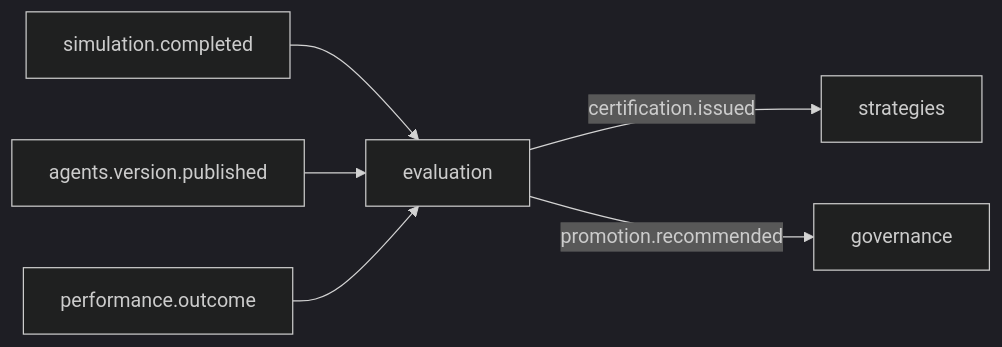
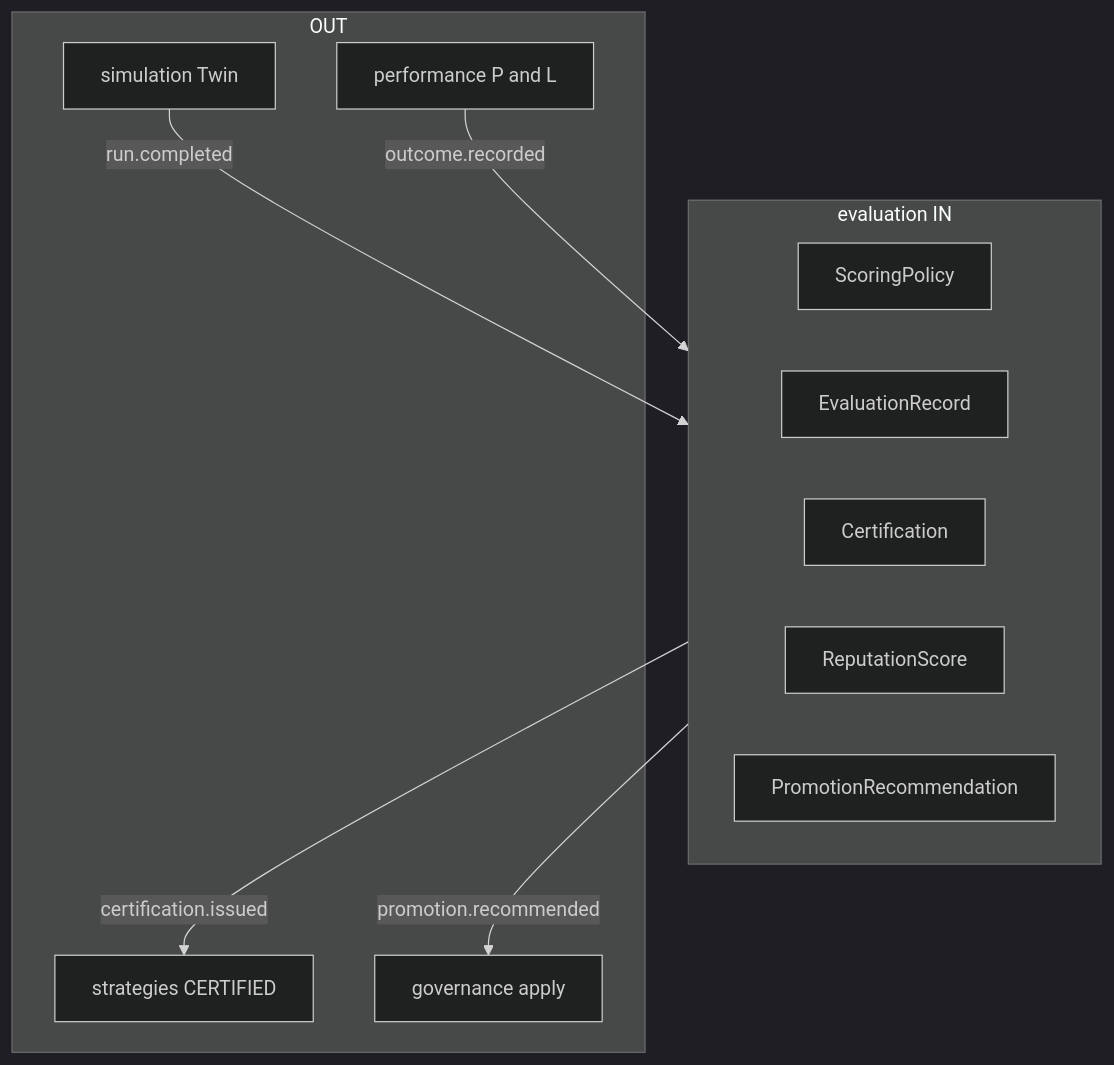
Before and after one commit to jcafeitosa/anxionOS: the diagram in docs/orchestration/modules/evaluation/R02-boundaries.md, drawn with Mermaid (dark theme). The commit also changed other lines of this file and 3 other files, not shown here.

````diff
--- a/docs/orchestration/modules/evaluation/R02-boundaries.md
+++ b/docs/orchestration/modules/evaluation/R02-boundaries.md
@@ -28,8 +76,20 @@
 ```mermaid
-flowchart LR
-  sim[simulation.completed] --> evl[evaluation]
-  agt[agents.version.published] --> evl
-  perf[performance.outcome] --> evl
-  evl -->|certification.issued| st[strategies]
-  evl -->|promotion.recommended| gov[governance]
+flowchart TB
+  subgraph inn [evaluation IN]
+    P[ScoringPolicy]
+    R[EvaluationRecord]
+    C[Certification]
+    Q[ReputationScore]
+    M[PromotionRecommendation]
+  end
+  subgraph outt [OUT]
+    ST[strategies CERTIFIED]
+    GOV[governance apply]
+    SIM[simulation Twin]
+    PERF[performance P and L]
+  end
+  SIM -->|run.completed| inn
+  PERF -->|outcome.recorded| inn
+  inn -->|certification.issued| ST
+  inn -->|promotion.recommended| GOV
 ```
````
